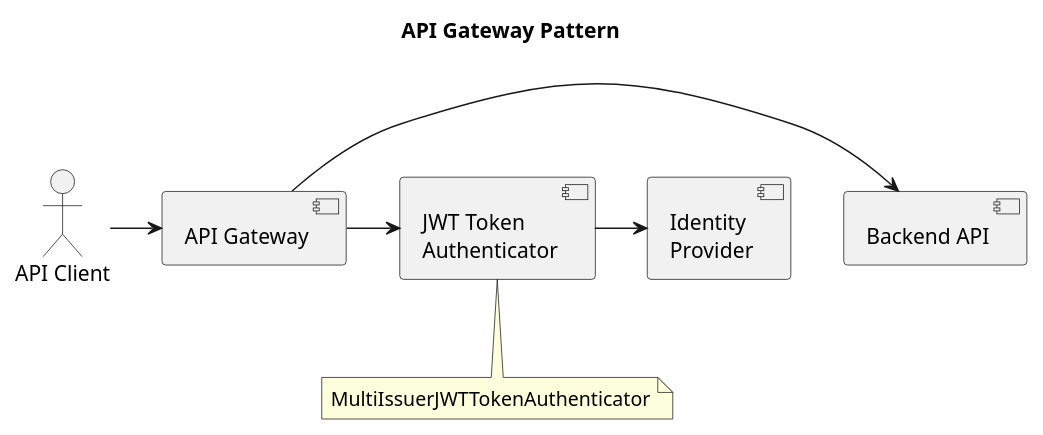
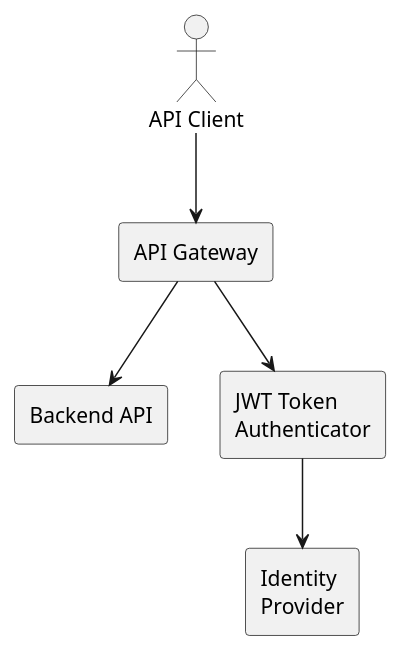
The diagram in doc/plantuml/api-gateway-pattern.puml (cuioss/nifi-extensions), drawn with PlantUML before and after one commit. The commit also changed 8 other files, not shown here.

```diff
--- a/doc/plantuml/api-gateway-pattern.puml
+++ b/doc/plantuml/api-gateway-pattern.puml
@@ -1,18 +1,15 @@
-@startuml
-title API Gateway Pattern
+@startuml api-gateway-pattern
+skinparam componentStyle rectangle
 
 actor "API Client" as client
 component "API Gateway" as gateway
 component "Backend API" as backend
-component "JWT Token\nAuthenticator" as auth
+component "JWT Token\nAuthenticator" as authenticator
 component "Identity\nProvider" as idp
 
-client -> gateway
-gateway -> backend
-gateway -> auth
-auth -> idp
+client --> gateway
+gateway --> backend
+gateway --> authenticator
+authenticator --> idp
 
-note bottom of auth
-  MultiIssuerJWTTokenAuthenticator
-end note
 @enduml
```
